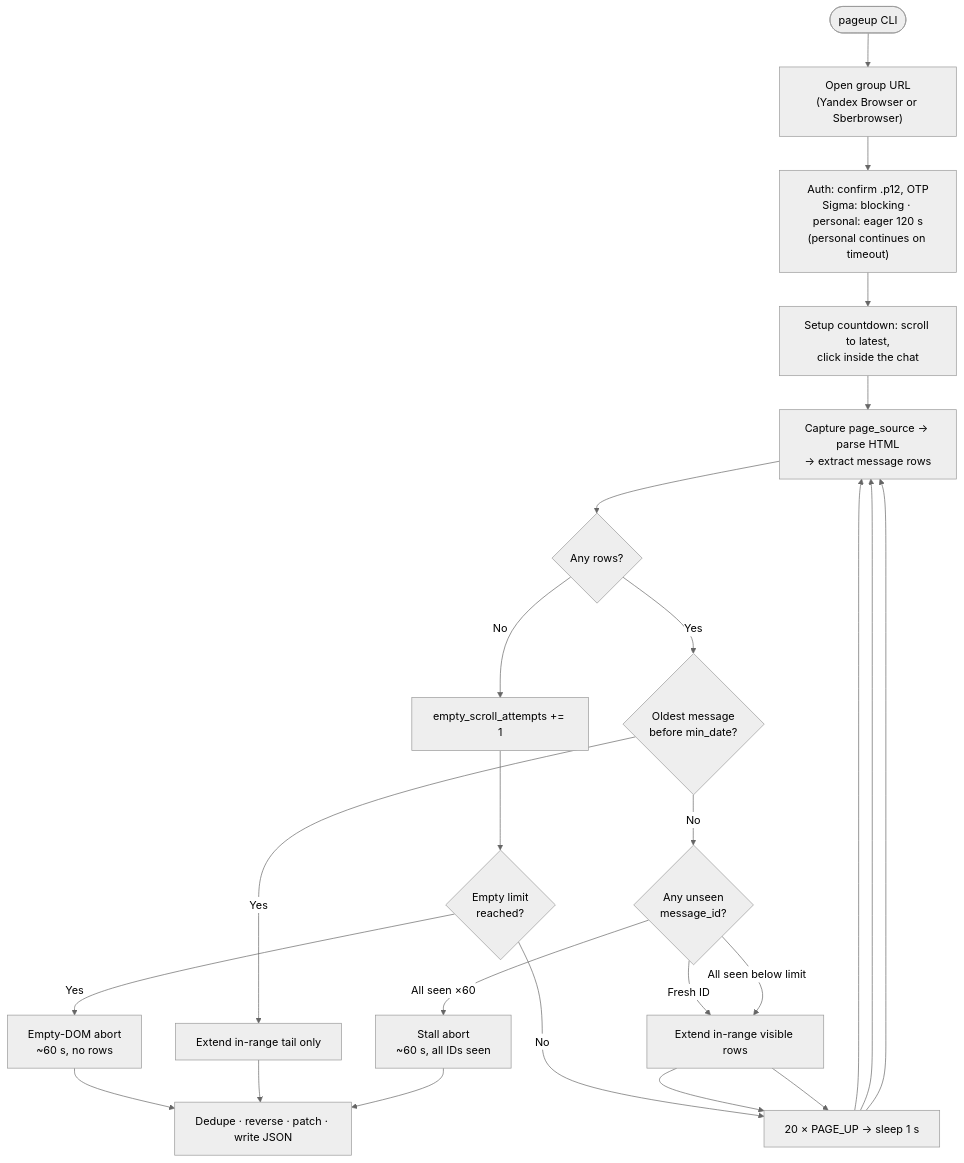
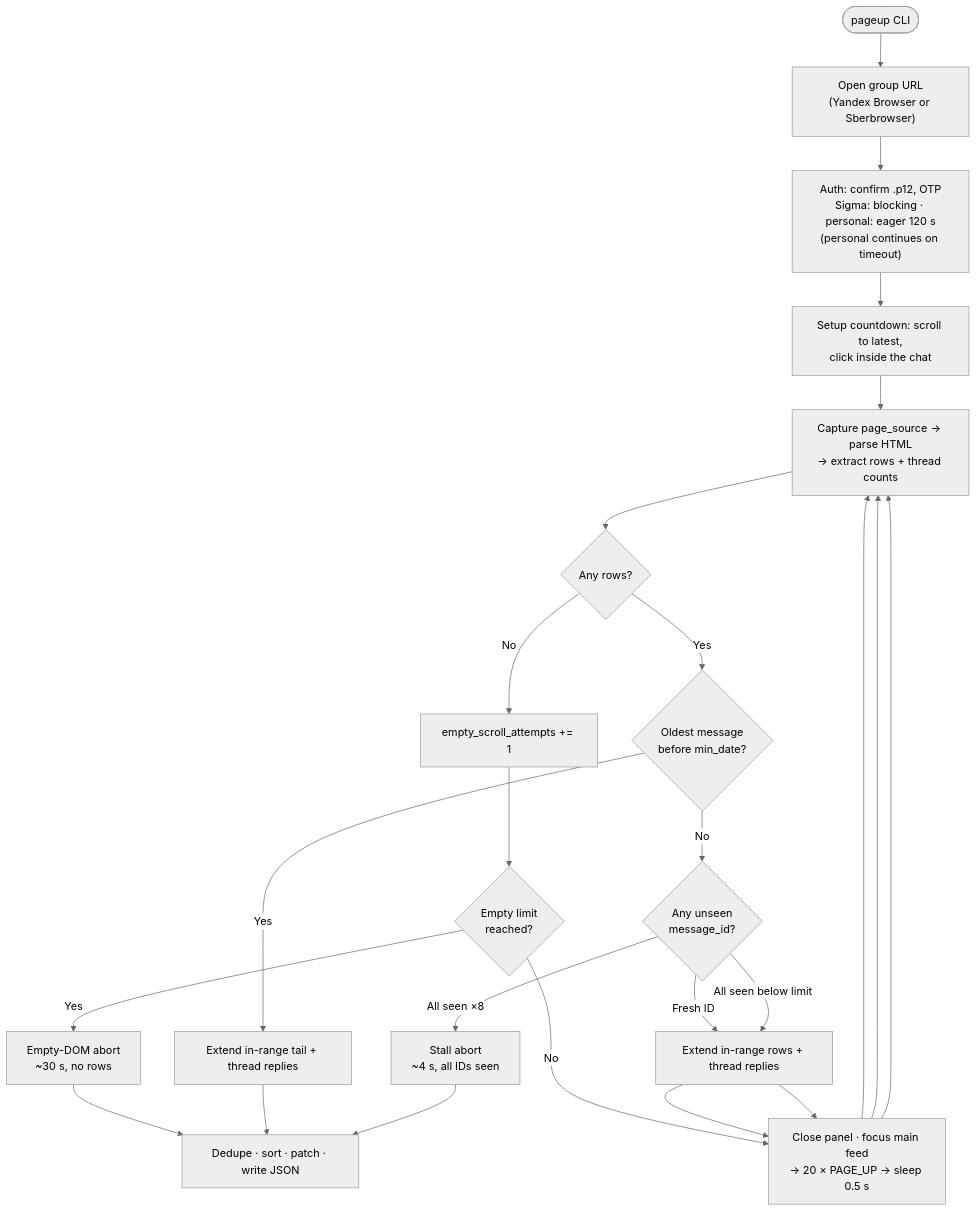
One commit to EvgenyMeredelin/pageup changed the second of 2 diagrams in README.md. Above: the diagram before and after it, drawn with Mermaid (neutral theme). The commit also changed other lines of this file and 20 other files, not shown here.

First line of the commit message:
Add thread replies and full-resolution image downloads (v0.2.0).

````diff
--- a/README.md
+++ b/README.md
@@ -273,30 +293,30 @@
 ```mermaid
 flowchart TD
     cli(["pageup CLI"])
     browser["Open group URL\n(Yandex Browser or Sberbrowser)"]
     nav["Auth: confirm .p12, OTP\nSigma: blocking · personal: eager 120 s\n(personal continues on timeout)"]
     setup["Setup countdown: scroll to latest,\nclick inside the chat"]
-    capture["Capture page_source → parse HTML\n→ extract message rows"]
+    capture["Capture page_source → parse HTML\n→ extract rows + thread counts"]
     empty{"Any rows?"}
     emptyInc["empty_scroll_attempts += 1"]
     emptyGuard{"Empty limit\nreached?"}
-    emptyAbort["Empty-DOM abort\n~60 s, no rows"]
+    emptyAbort["Empty-DOM abort\n~30 s, no rows"]
     check{"Oldest message\nbefore min_date?"}
     stall{"Any unseen\nmessage_id?"}
-    stallAbort["Stall abort\n~60 s, all IDs seen"]
-    tail["Extend in-range tail only"]
-    accum["Extend in-range visible rows"]
-    scroll["20 × PAGE_UP → sleep 1 s"]
-    done["Dedupe · reverse · patch · write JSON"]
+    stallAbort["Stall abort\n~4 s, all IDs seen"]
+    tail["Extend in-range tail + thread replies"]
+    accum["Extend in-range rows + thread replies"]
+    scroll["Close panel · focus main feed\n→ 20 × PAGE_UP → sleep 0.5 s"]
+    done["Dedupe · sort · patch · write JSON"]
 
     cli --> browser --> nav --> setup --> capture --> empty
     empty -->|No| emptyInc --> emptyGuard
     emptyGuard -->|Yes| emptyAbort --> done
     emptyGuard -->|No| scroll --> capture
     empty -->|Yes| check
     check -->|Yes| tail --> done
     check -->|No| stall
     stall -->|Fresh ID| accum --> scroll --> capture
-    stall -->|"All seen ×60"| stallAbort --> done
+    stall -->|"All seen ×8"| stallAbort --> done
     stall -->|All seen below limit| accum --> scroll --> capture
 ```
````
